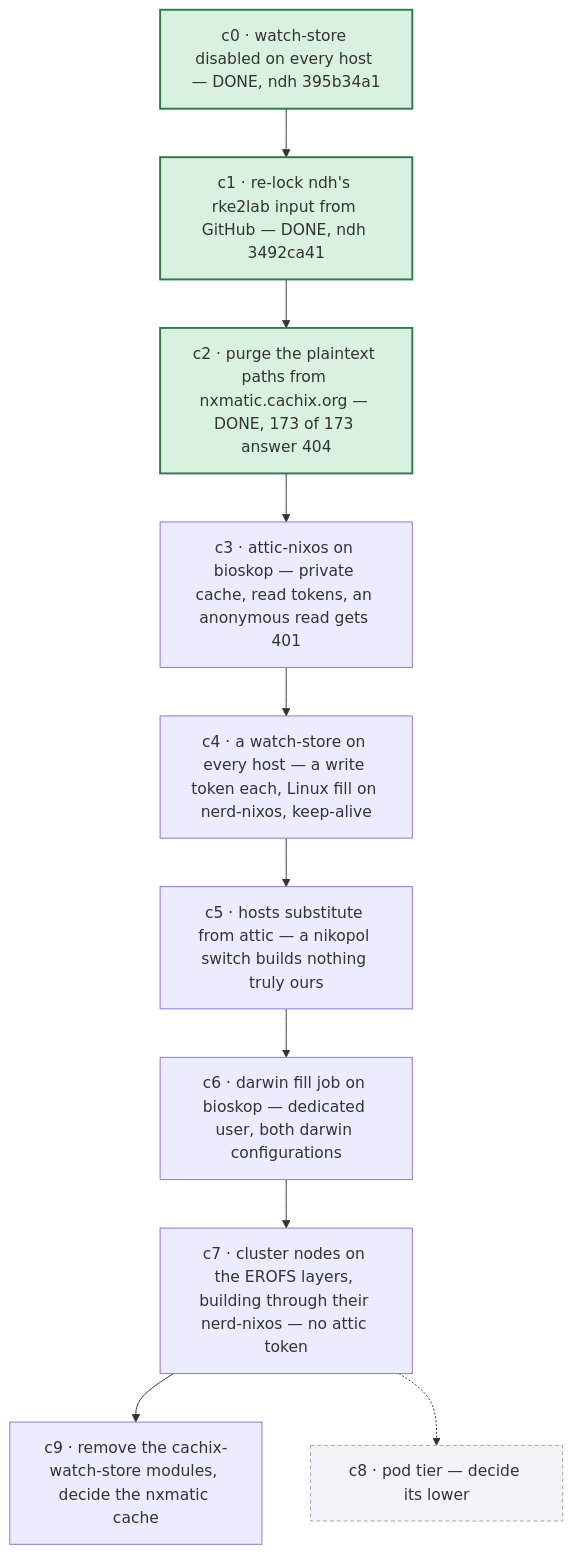
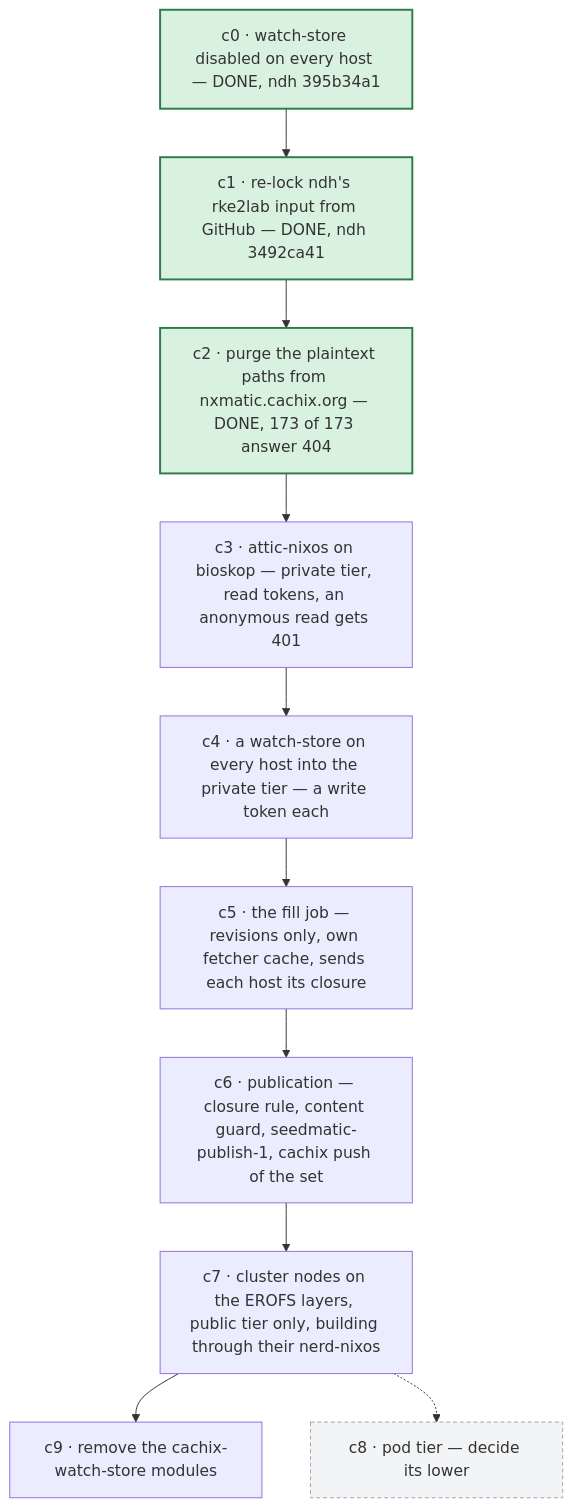
One commit to seedmatic/rke2lab changed the eighth of 8 diagrams in docs/architecture/atlas/fabric-control-plane.adoc. Above: the diagram before and after it, drawn with Mermaid. The commit also changed other lines of this file and 1 other file, not shown here.

First line of the commit message:
docs(atlas): the cache gains a public tier the fill job alone feeds; the rest stays private

```diff
--- a/docs/architecture/atlas/fabric-control-plane.adoc
+++ b/docs/architecture/atlas/fabric-control-plane.adoc
@@ -520,19 +525,19 @@
 [mermaid]
 ....
 flowchart TB
   c0["c0 · watch-store disabled on every host — DONE, ndh 395b34a1"]:::done
   c1["c1 · re-lock ndh's rke2lab input from GitHub — DONE, ndh 3492ca41"]:::done
   c2["c2 · purge the plaintext paths from nxmatic.cachix.org — DONE, 173 of 173 answer 404"]:::done
-  c3["c3 · attic-nixos on bioskop — private cache, read tokens, an anonymous read gets 401"]
-  c4["c4 · a watch-store on every host — a write token each, Linux fill on nerd-nixos, keep-alive"]
-  c5["c5 · hosts substitute from attic — a nikopol switch builds nothing truly ours"]
-  c6["c6 · darwin fill job on bioskop — dedicated user, both darwin configurations"]
-  c7["c7 · cluster nodes on the EROFS layers, building through their nerd-nixos — no attic token"]
+  c3["c3 · attic-nixos on bioskop — private tier, read tokens, an anonymous read gets 401"]
+  c4["c4 · a watch-store on every host into the private tier — a write token each"]
+  c5["c5 · the fill job — revisions only, own fetcher cache, sends each host its closure"]
+  c6["c6 · publication — closure rule, content guard, seedmatic-publish-1, cachix push of the set"]
+  c7["c7 · cluster nodes on the EROFS layers, public tier only, building through their nerd-nixos"]
   c8["c8 · pod tier — decide its lower"]:::later
-  c9["c9 · remove the cachix-watch-store modules, decide the nxmatic cache"]
+  c9["c9 · remove the cachix-watch-store modules"]
   c0 --> c1 --> c2 --> c3 --> c4 --> c5 --> c6 --> c7 --> c9
   c7 -.-> c8
 
   classDef done fill:#d9f2e0,stroke:#2d7a4b,stroke-width:2px;
   classDef later fill:#f3f4f6,stroke:#9ca3af,stroke-dasharray:4 3;
 ....
```
